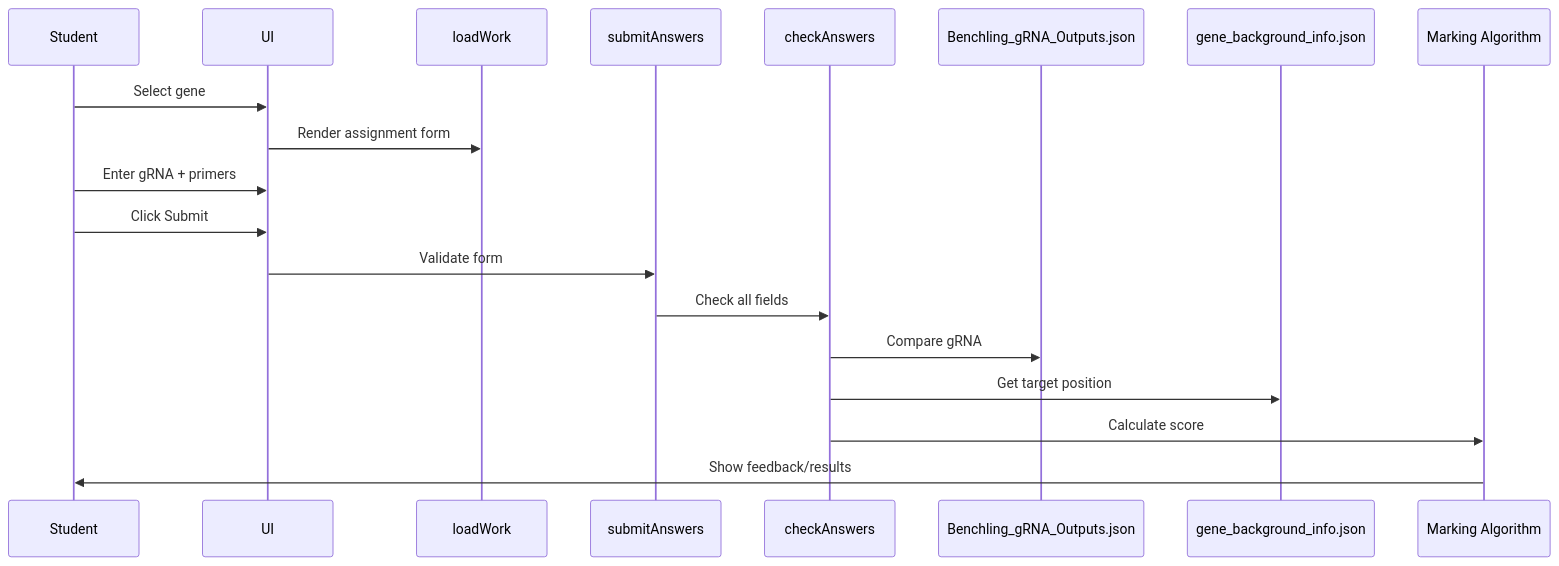
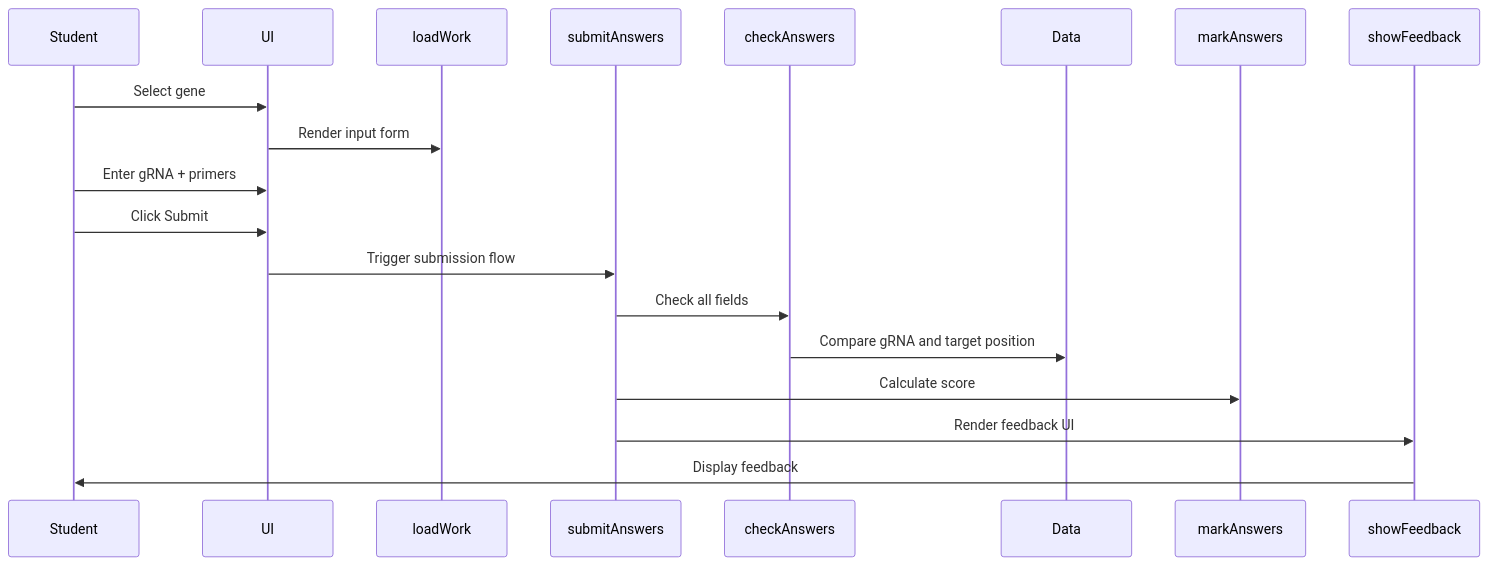
Before and after one commit to AlexJSully/SciGrade: the third of 5 diagrams in docs/architecture/index.md, drawn with Mermaid. The commit also changed other lines of this file and 15 other files, not shown here.

````diff
--- a/docs/architecture/index.md
+++ b/docs/architecture/index.md
@@ -141,13 +145,13 @@
 ```mermaid
 sequenceDiagram
     Student->>UI: Select gene
-    UI->>loadWork: Render assignment form
+    UI->>loadWork: Render input form
     Student->>UI: Enter gRNA + primers
     Student->>UI: Click Submit
-    UI->>submitAnswers: Validate form
+    UI->>submitAnswers: Trigger submission flow
     submitAnswers->>checkAnswers: Check all fields
-    checkAnswers->>Benchling_gRNA_Outputs.json: Compare gRNA
-    checkAnswers->>gene_background_info.json: Get target position
-    checkAnswers->>Marking Algorithm: Calculate score
-    Marking Algorithm->>Student: Show feedback/results
+    checkAnswers->>Data: Compare gRNA and target position
+    submitAnswers->>markAnswers: Calculate score
+    submitAnswers->>showFeedback: Render feedback UI
+    showFeedback->>Student: Display feedback
 ```
````
